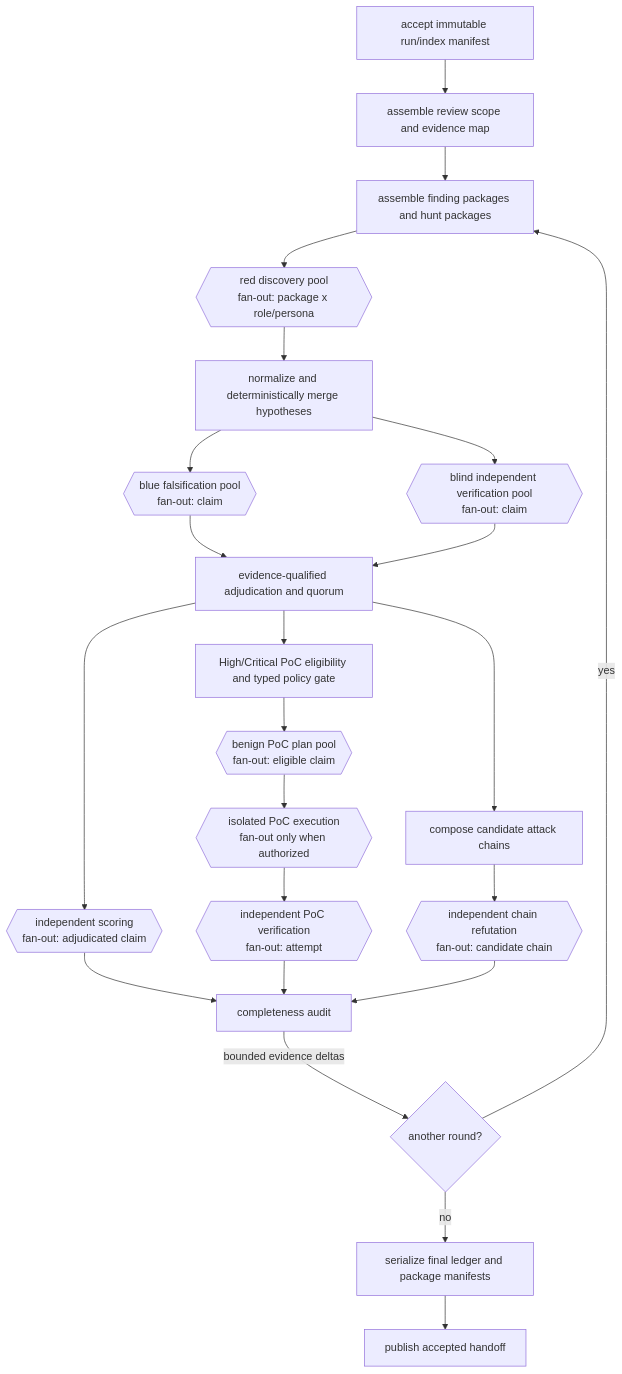
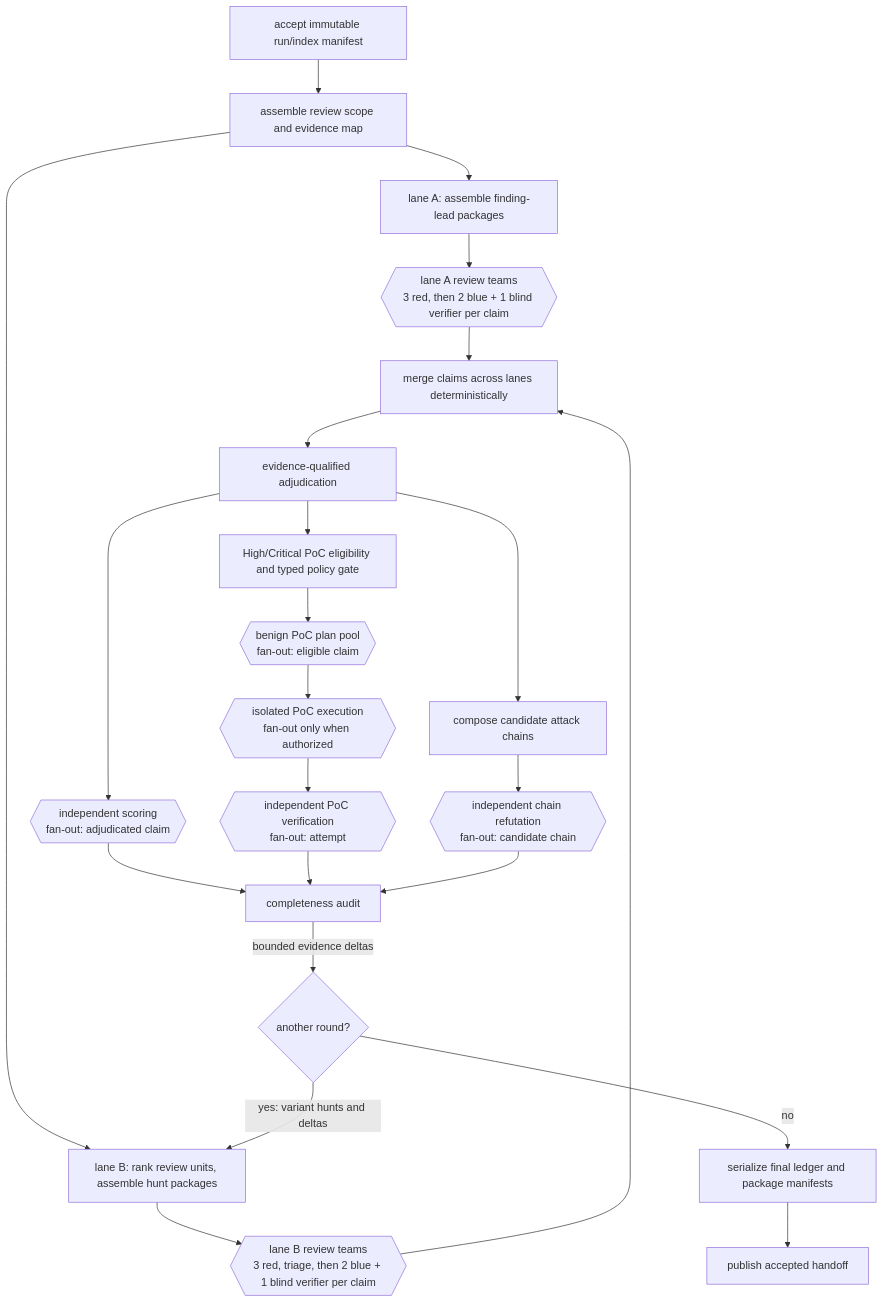
One commit to wsollers/appsec-review changed the first of 4 diagrams in docs/architecture/inference-security-review.md. Above: the diagram before and after it, drawn with Mermaid. The commit also changed other lines of this file and 1 other file, not shown here.

First line of the commit message:
Design two-lane review teams, personas, and stack profiles

````diff
--- a/docs/architecture/inference-security-review.md
+++ b/docs/architecture/inference-security-review.md
@@ -81,25 +81,25 @@
 ```mermaid
 flowchart TD
   A[accept immutable run/index manifest] --> B[assemble review scope and evidence map]
-  B --> C[assemble finding packages and hunt packages]
-  C --> D{{red discovery pool\nfan-out: package x role/persona}}
-  D --> E[normalize and deterministically merge hypotheses]
-  E --> F{{blue falsification pool\nfan-out: claim}}
-  E --> G{{blind independent verification pool\nfan-out: claim}}
-  F --> H[evidence-qualified adjudication and quorum]
-  G --> H
+  B --> C1[lane A: assemble finding-lead packages]
+  B --> C2[lane B: rank review units, assemble hunt packages]
+  C1 --> D1{{lane A review teams\n3 red, then 2 blue + 1 blind verifier per claim}}
+  C2 --> D2{{lane B review teams\n3 red, triage, then 2 blue + 1 blind verifier per claim}}
+  D1 --> E[merge claims across lanes deterministically]
+  D2 --> E
+  E --> H[evidence-qualified adjudication]
   H --> I{{independent scoring\nfan-out: adjudicated claim}}
   H --> J[High/Critical PoC eligibility and typed policy gate]
   J --> K{{benign PoC plan pool\nfan-out: eligible claim}}
   K --> L{{isolated PoC execution\nfan-out only when authorized}}
   L --> M{{independent PoC verification\nfan-out: attempt}}
   H --> N[compose candidate attack chains]
   N --> O{{independent chain refutation\nfan-out: candidate chain}}
   I --> P[completeness audit]
   M --> P
   O --> P
   P -->|bounded evidence deltas| Q{another round?}
-  Q -->|yes| C
+  Q -->|yes: variant hunts and deltas| C2
   Q -->|no| R[serialize final ledger and package manifests]
   R --> S[publish accepted handoff]
 ```
````
